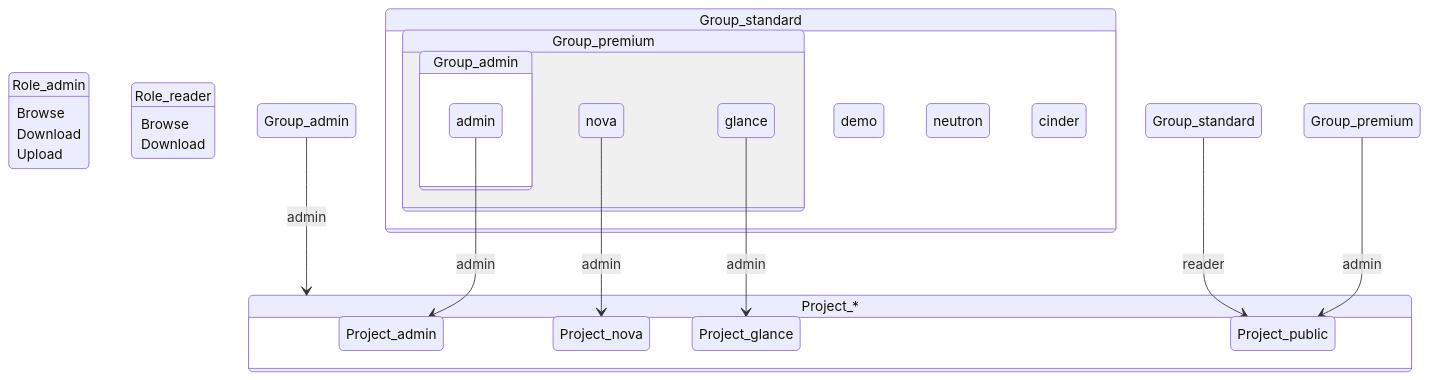
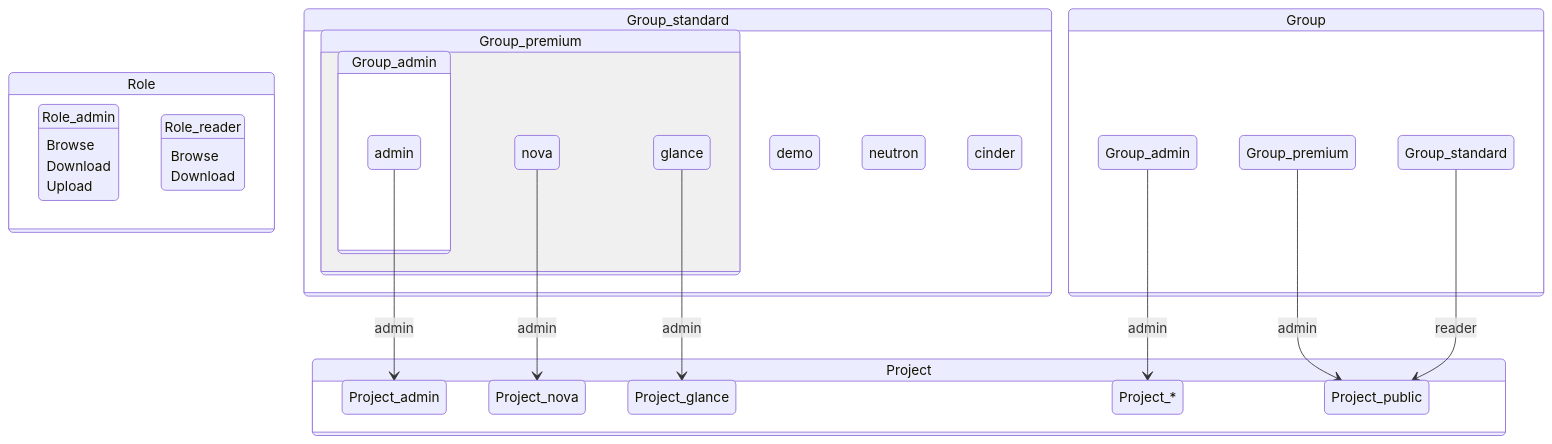
Before and after one commit to Byaidu/sibyl-backend: the third of 3 diagrams in README.md, drawn with Mermaid.

````diff
--- a/README.md
+++ b/README.md
@@ -36,37 +36,42 @@
 ```mermaid
 stateDiagram-v2
-Role_admin:Role_admin
-Role_admin:Browse
-Role_admin:Download
-Role_admin:Upload
-Role_reader:Role_reader
-Role_reader:Browse
-Role_reader:Download
+state Role {
+    Role_admin:Role_admin
+    Role_admin:Browse
+    Role_admin:Download
+    Role_admin:Upload
+    Role_reader:Role_reader
+    Role_reader:Browse
+    Role_reader:Download
+}
 state Group_standard {
     state Group_premium {
         state Group_admin {
             admin
         }
         nova
         glance
     }
     demo
     neutron
     cinder
 }
-state Project_* {
+state Project {
+    Project_*
 	Project_admin
 	Project_nova
 	Project_glance
 	Project_public
 }
-Groupstandard:Group_standard
-Groupadmin:Group_admin
-Grouppremium:Group_premium
+state Group {
+    Groupadmin:Group_admin
+    Grouppremium:Group_premium
+    Groupstandard:Group_standard
+}
 Groupadmin --> Project_* : admin
 Grouppremium --> Project_public : admin
 Groupstandard --> Project_public : reader
 admin --> Project_admin : admin
 nova --> Project_nova : admin
 glance --> Project_glance : admin
 ```
````
